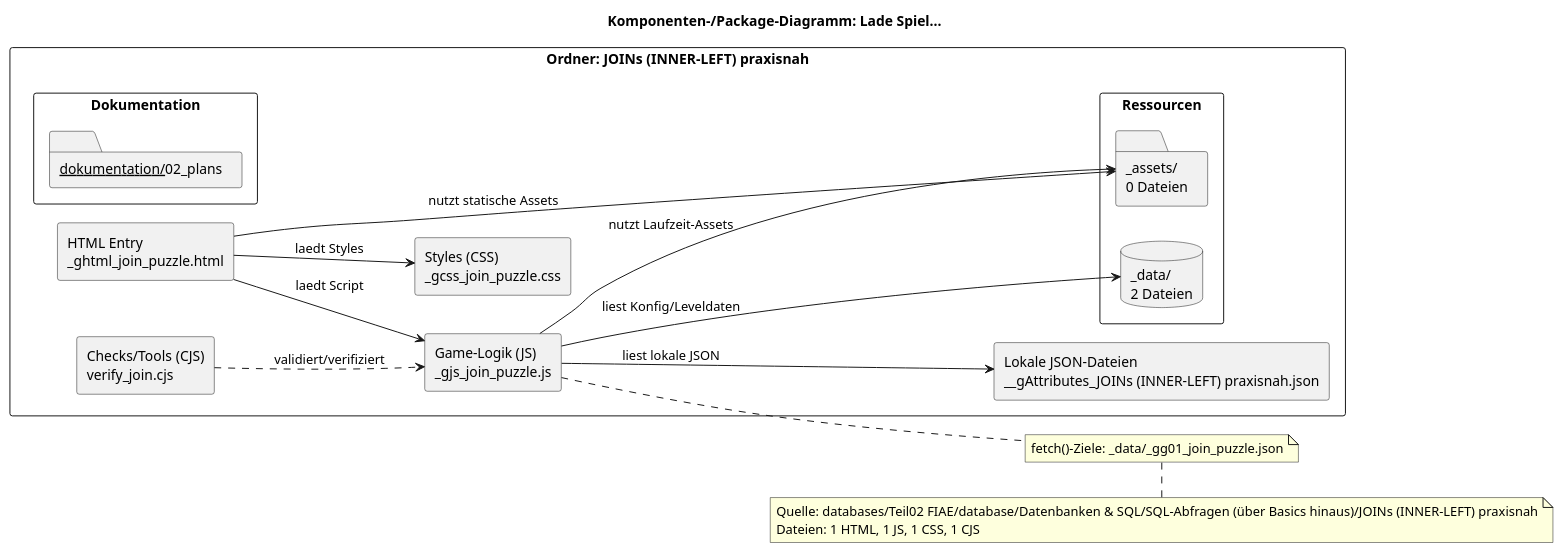
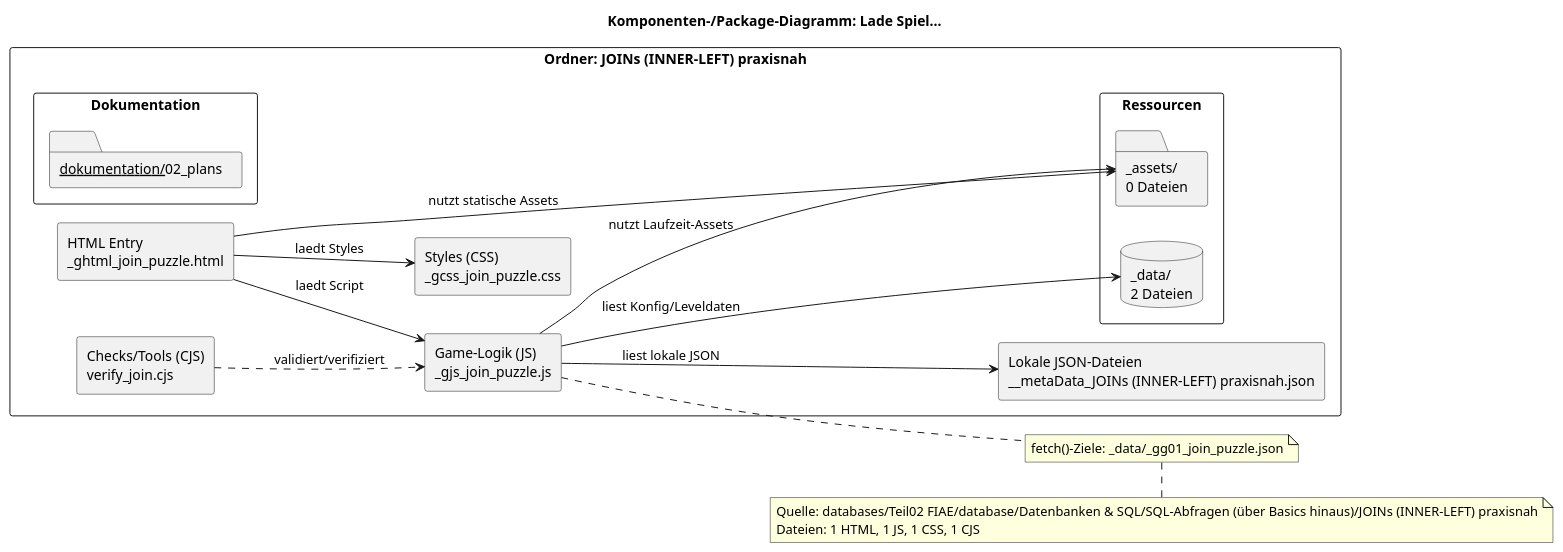
One commit to Thor-the-Dwarf/easyPV changed the diagram in databases/Teil02 FIAE/database/Datenbanken & SQL/SQL-Abfragen (über Basics hinaus)/JOINs (INNER-LEFT) praxisnah/__dokumentation/__02_plans/__component_package_diagram.puml. Above: the diagram before and after it, drawn with PlantUML. The commit also changed 423 other files, not shown here.

Commit message:
Software-Spezialist02: __metaData-Rename und Generic-Page auf Metadaten umgestellt

```diff
--- a/databases/Teil02 FIAE/database/Datenbanken & SQL/SQL-Abfragen (über Basics hinaus)/JOINs (INNER-LEFT) praxisnah/__dokumentation/__02_plans/__component_package_diagram.puml
+++ b/databases/Teil02 FIAE/database/Datenbanken & SQL/SQL-Abfragen (über Basics hinaus)/JOINs (INNER-LEFT) praxisnah/__dokumentation/__02_plans/__component_package_diagram.puml
@@ -1,39 +1,39 @@
 @startuml
 title Komponenten-/Package-Diagramm: Lade Spiel...
 left to right direction
 skinparam packageStyle rectangle
 skinparam componentStyle rectangle
 skinparam shadowing false
 
 package "Ordner: JOINs (INNER-LEFT) praxisnah" as Scope {
   component "HTML Entry\n_ghtml_join_puzzle.html" as HTML
   component "Game-Logik (JS)\n_gjs_join_puzzle.js" as JS
   component "Styles (CSS)\n_gcss_join_puzzle.css" as CSS
   component "Checks/Tools (CJS)\nverify_join.cjs" as CJS
-  component "Lokale JSON-Dateien\n__gAttributes_JOINs (INNER-LEFT) praxisnah.json" as JSONLOCAL
+  component "Lokale JSON-Dateien\n__metaData_JOINs (INNER-LEFT) praxisnah.json" as JSONLOCAL
   package "Ressourcen" as RES {
     database "_data/\n2 Dateien" as DATA
     folder "_assets/\n0 Dateien" as ASSETS
   }
   package "Dokumentation" as DOC {
     folder "__dokumentation/__02_plans" as PLAN
   }
 }
 
 HTML --> JS : laedt Script
 HTML --> CSS : laedt Styles
 JS --> JSONLOCAL : liest lokale JSON
 JS --> DATA : liest Konfig/Leveldaten
 JS --> ASSETS : nutzt Laufzeit-Assets
 HTML --> ASSETS : nutzt statische Assets
 CJS ..> JS : validiert/verifiziert
 
 note right of JS
 fetch()-Ziele: _data/_gg01_join_puzzle.json
 end note
 
 note bottom
 Quelle: databases/Teil02 FIAE/database/Datenbanken & SQL/SQL-Abfragen (über Basics hinaus)/JOINs (INNER-LEFT) praxisnah
 Dateien: 1 HTML, 1 JS, 1 CSS, 1 CJS
 end note
 @enduml
```
